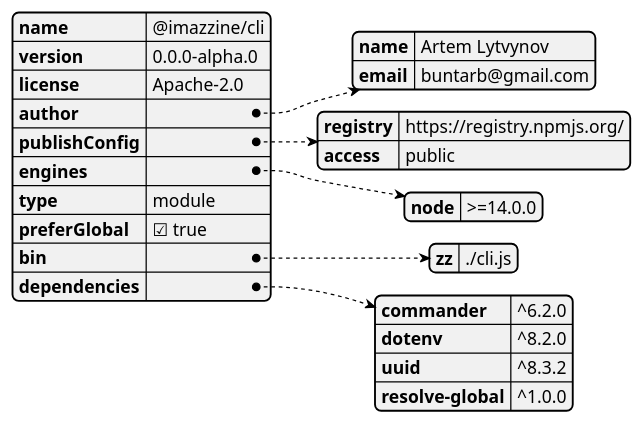
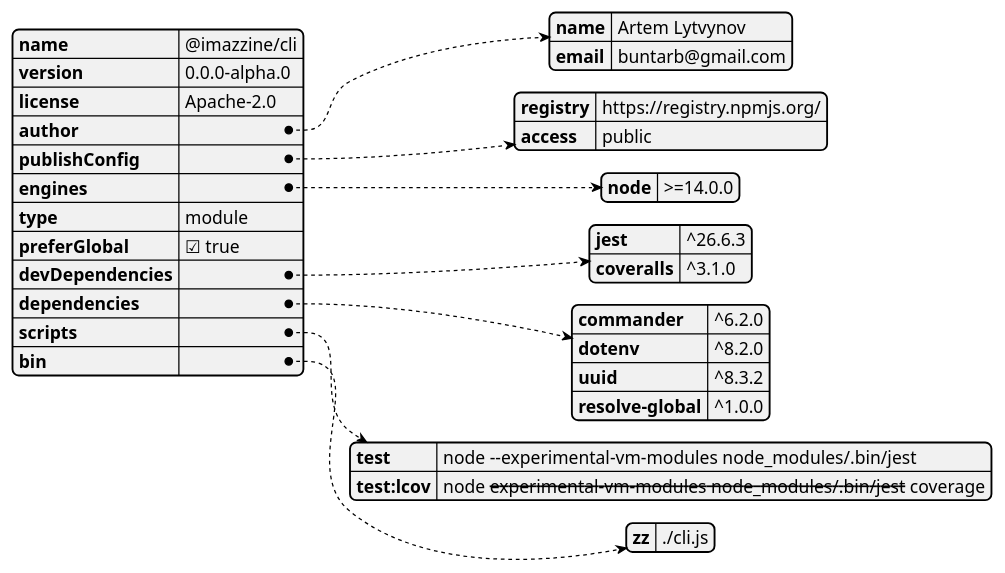
Before and after one commit to imazzine/cli: the second of 4 diagrams in design/puml/cli.puml, drawn with PlantUML. The commit also changed other lines of this file and 17 other files, not shown here.

Commit message:
warning message fix, uml updates, git ignore updates

```diff
--- a/design/puml/cli.puml
+++ b/design/puml/cli.puml
@@ -48,29 +48,37 @@
 @startjson cliPackageJson
 {
-    "name": "@imazzine/cli",
-    "version": "0.0.0-alpha.0",
-    "license": "Apache-2.0",
-    "author": {
-        "name": "Artem Lytvynov",
-        "email": "buntarb@gmail.com"
-    },
-    "publishConfig": {
-        "registry": "https://registry.npmjs.org/",
-        "access": "public"
-    },
-    "engines": {
-        "node": ">=14.0.0"
-    },
-    "type": "module",
-    "preferGlobal": true,
-    "bin": {
-        "zz": "./cli.js"
-    },
-    "dependencies": {
-        "commander": "^6.2.0",
-        "dotenv": "^8.2.0",
-        "uuid": "^8.3.2",
-        "resolve-global": "^1.0.0"
-    }
+  "name": "@imazzine/cli",
+  "version": "0.0.0-alpha.0",
+  "license": "Apache-2.0",
+  "author": {
+    "name": "Artem Lytvynov",
+    "email": "buntarb@gmail.com"
+  },
+  "publishConfig": {
+    "registry": "https://registry.npmjs.org/",
+    "access": "public"
+  },
+  "engines": {
+    "node": ">=14.0.0"
+  },
+  "type": "module",
+  "preferGlobal": true,
+  "devDependencies": {
+    "jest": "^26.6.3",
+    "coveralls": "^3.1.0"
+  },
+  "dependencies": {
+    "commander": "^6.2.0",
+    "dotenv": "^8.2.0",
+    "uuid": "^8.3.2",
+    "resolve-global": "^1.0.0"
+  },
+  "scripts": {
+    "test": "node --experimental-vm-modules node_modules/.bin/jest",
+    "test:lcov": "node --experimental-vm-modules node_modules/.bin/jest --coverage"
+  },
+  "bin": {
+    "zz": "./cli.js"
+  }
 }
 @endjson
```
